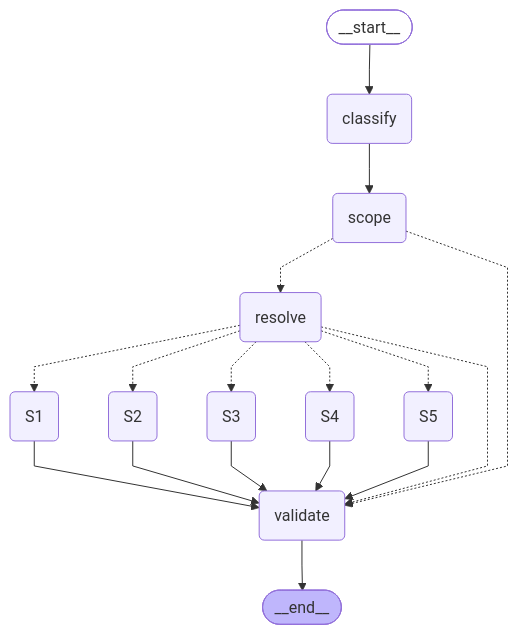
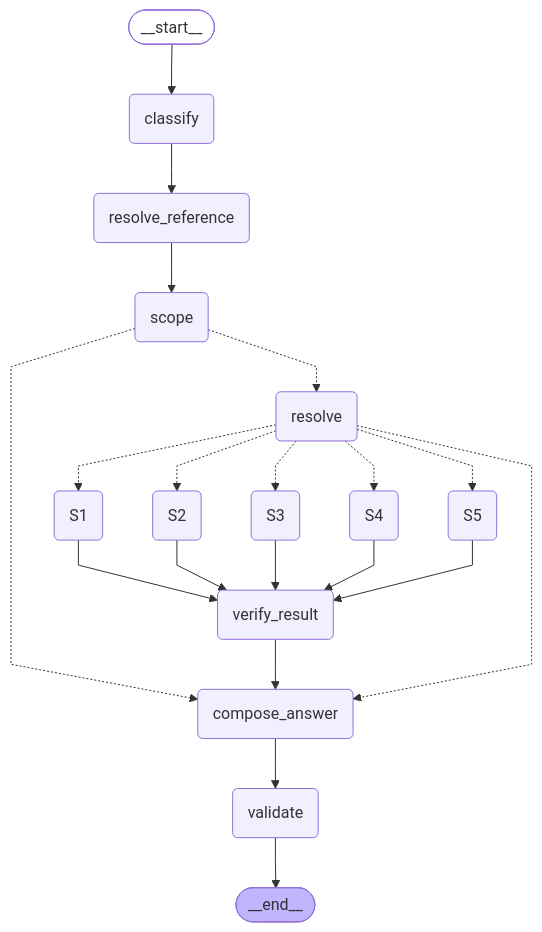
Before and after one commit to U-Je0n9/skadi-flow-lab: the diagram in stategraph-main.mmd, drawn with Mermaid. The commit also changed 28 other files, not shown here.

Commit message:
feat: refresh v2.2 graph, conversation memory and tool contracts

```diff
--- a/stategraph-main.mmd
+++ b/stategraph-main.mmd
@@ -1,36 +1,42 @@
 ---
 config:
   flowchart:
     curve: linear
 ---
 graph TD;
 	__start__([<p>__start__</p>]):::first
 	classify(classify)
+	resolve_reference(resolve_reference)
 	scope(scope)
 	resolve(resolve)
 	validate(validate)
+	compose_answer(compose_answer)
+	verify_result(verify_result)
 	S1(S1)
 	S2(S2)
 	S3(S3)
 	S4(S4)
 	S5(S5)
 	__end__([<p>__end__</p>]):::last
-	S1 --> validate;
-	S2 --> validate;
-	S3 --> validate;
-	S4 --> validate;
-	S5 --> validate;
+	S1 --> verify_result;
+	S2 --> verify_result;
+	S3 --> verify_result;
+	S4 --> verify_result;
+	S5 --> verify_result;
 	__start__ --> classify;
-	classify --> scope;
+	classify --> resolve_reference;
+	compose_answer --> validate;
 	resolve -.-> S1;
 	resolve -.-> S2;
 	resolve -.-> S3;
 	resolve -.-> S4;
 	resolve -.-> S5;
-	resolve -.-> validate;
+	resolve -.-> compose_answer;
+	resolve_reference --> scope;
+	scope -.-> compose_answer;
 	scope -.-> resolve;
-	scope -.-> validate;
+	verify_result --> compose_answer;
 	validate --> __end__;
 	classDef default fill:#f2f0ff,line-height:1.2
 	classDef first fill-opacity:0
 	classDef last fill:#bfb6fc
```
